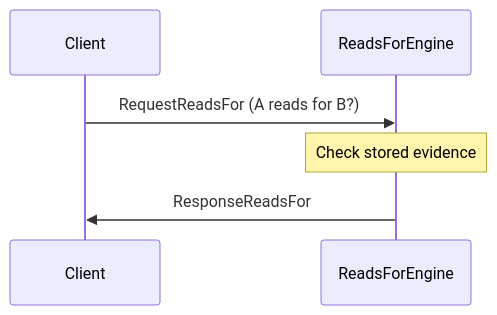
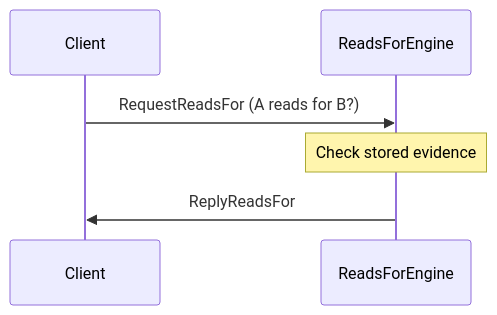
One commit to anoma/nspec changed the second of 3 diagrams in docs/arch/node/engines/reads_for_messages.juvix.md. Above: the diagram before and after it, drawn with Mermaid. The commit also changed other lines of this file and 37 other files, not shown here.

Commit message:
Renamed all instances of "Response" to "Reply" in message interfaces for consistency across commitment, decryption, identity management, and other engines.

````diff
--- a/docs/arch/node/engines/reads_for_messages.juvix.md
+++ b/docs/arch/node/engines/reads_for_messages.juvix.md
@@ -58,9 +58,9 @@
 ```mermaid
 sequenceDiagram
     participant Client
     participant ReadsForEngine
 
     Client->>ReadsForEngine: RequestReadsFor (A reads for B?)
     Note over ReadsForEngine: Check stored evidence
-    ReadsForEngine->>Client: ResponseReadsFor
+    ReadsForEngine->>Client: ReplyReadsFor
 ```
````
